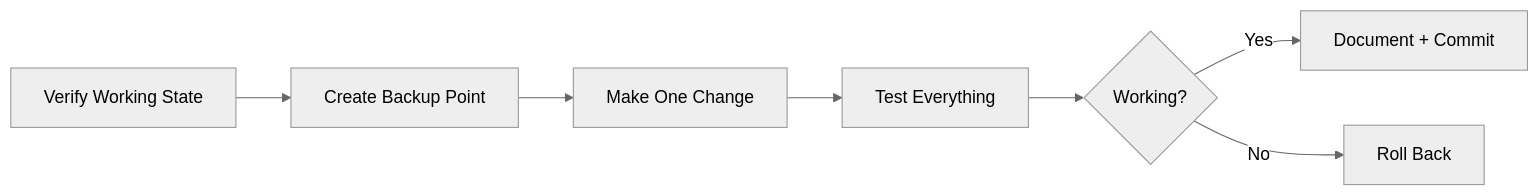
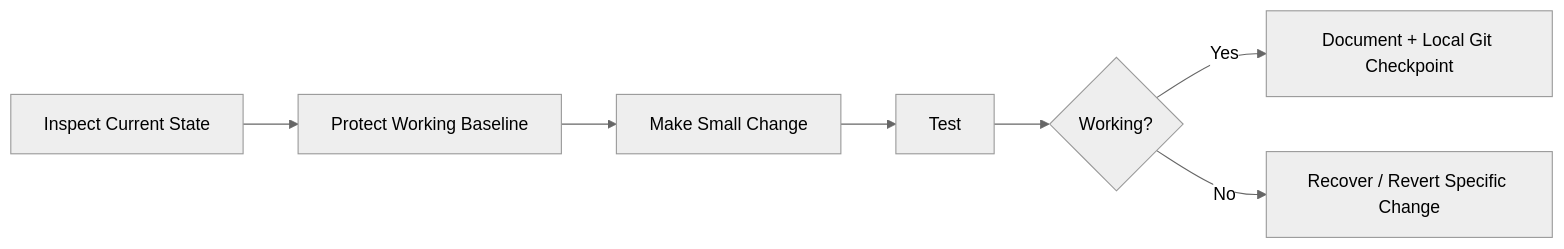
One commit to tcdoverlord/StimTake-Studio changed the third of 3 diagrams in README.md. Above: the diagram before and after it, drawn with Mermaid (neutral theme). The commit also changed other lines of this file and 21 other files, not shown here.

````diff
--- a/README.md
+++ b/README.md
@@ -518,17 +669,17 @@
-``` mermaid
+```mermaid
 flowchart LR
-    VERIFY[Verify Working State]
-    BACKUP[Create Backup Point]
-    CHANGE[Make One Change]
-    TEST[Test Everything]
+    INSPECT[Inspect Current State]
+    PROTECT[Protect Working Baseline]
+    CHANGE[Make Small Change]
+    TEST[Test]
     PASS{Working?}
-    SAVE[Document + Commit]
-    ROLLBACK[Roll Back]
+    SAVE[Document + Local Git Checkpoint]
+    RECOVER[Recover / Revert Specific Change]
 
-    VERIFY --> BACKUP
-    BACKUP --> CHANGE
+    INSPECT --> PROTECT
+    PROTECT --> CHANGE
     CHANGE --> TEST
     TEST --> PASS
     PASS -->|Yes| SAVE
-    PASS -->|No| ROLLBACK
+    PASS -->|No| RECOVER
 ```
````
